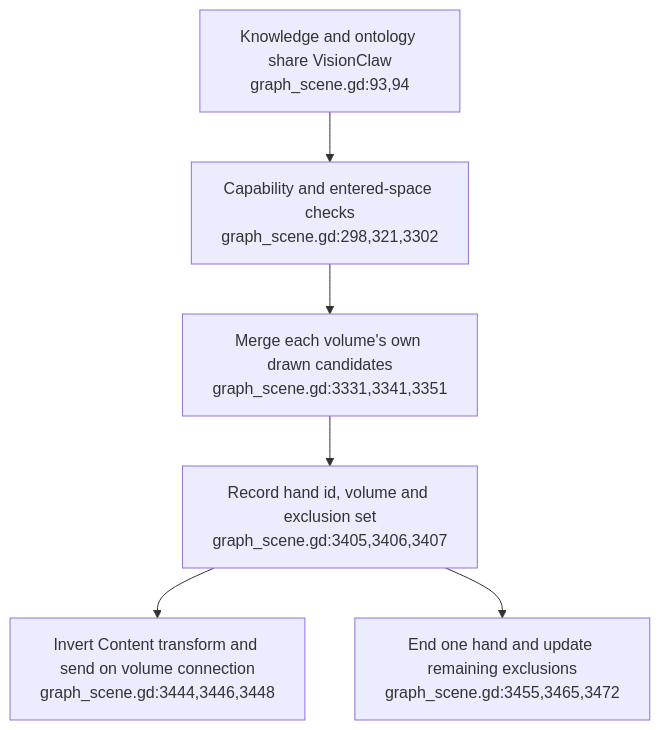
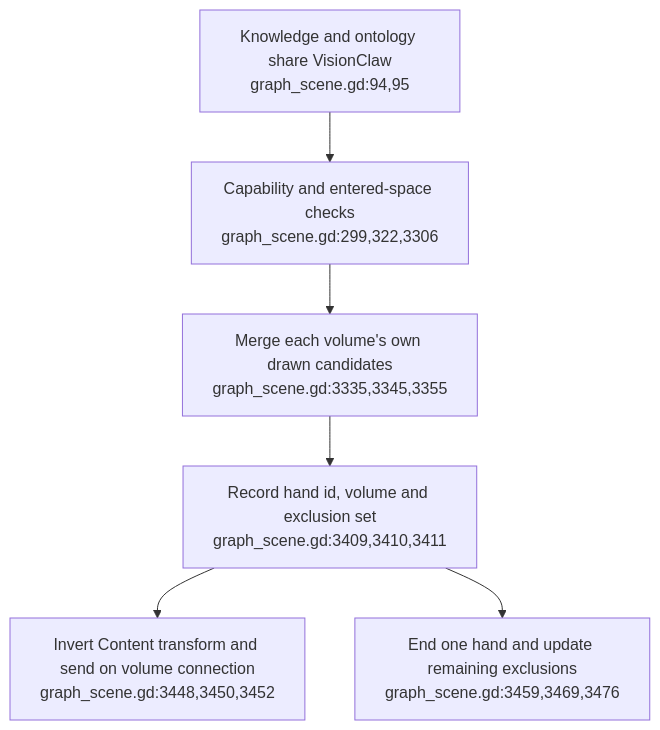
The first of 6 diagrams in docs/diagrams/visionclaw/53-xr-grab-lifetimes-and-input.md (DreamLab-AI/VisionFlow), drawn with Mermaid before and after one commit. The commit also changed other lines of this file and 173 other files, not shown here.

First line of the commit message:
docs(audit): estate audit wave 3, agentbox and VisionClaw; ledger complete

````diff
--- a/docs/diagrams/visionclaw/53-xr-grab-lifetimes-and-input.md
+++ b/docs/diagrams/visionclaw/53-xr-grab-lifetimes-and-input.md
@@ -27,8 +27,8 @@
 ```mermaid
 flowchart TD
-    VOL["Knowledge and ontology share VisionClaw<br/>graph_scene.gd:93,94"] --> GATE["Capability and entered-space checks<br/>graph_scene.gd:298,321,3302"]
-    GATE --> PACK["Merge each volume's own drawn candidates<br/>graph_scene.gd:3331,3341,3351"]
-    PACK --> HOLD["Record hand id, volume and exclusion set<br/>graph_scene.gd:3405,3406,3407"]
-    HOLD --> DRIVE["Invert Content transform and send on volume connection<br/>graph_scene.gd:3444,3446,3448"]
-    HOLD --> RELEASE["End one hand and update remaining exclusions<br/>graph_scene.gd:3455,3465,3472"]
+    VOL["Knowledge and ontology share VisionClaw<br/>graph_scene.gd:94,95"] --> GATE["Capability and entered-space checks<br/>graph_scene.gd:299,322,3306"]
+    GATE --> PACK["Merge each volume's own drawn candidates<br/>graph_scene.gd:3335,3345,3355"]
+    PACK --> HOLD["Record hand id, volume and exclusion set<br/>graph_scene.gd:3409,3410,3411"]
+    HOLD --> DRIVE["Invert Content transform and send on volume connection<br/>graph_scene.gd:3448,3450,3452"]
+    HOLD --> RELEASE["End one hand and update remaining exclusions<br/>graph_scene.gd:3459,3469,3476"]
 ```
````
